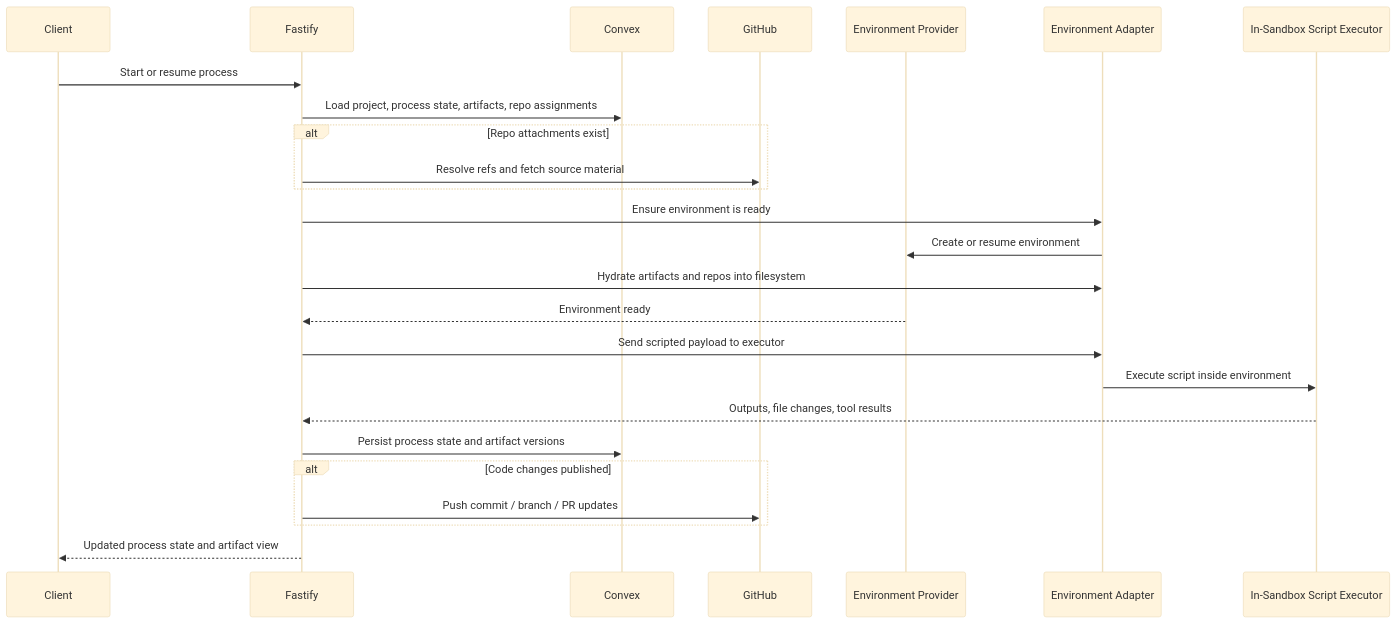
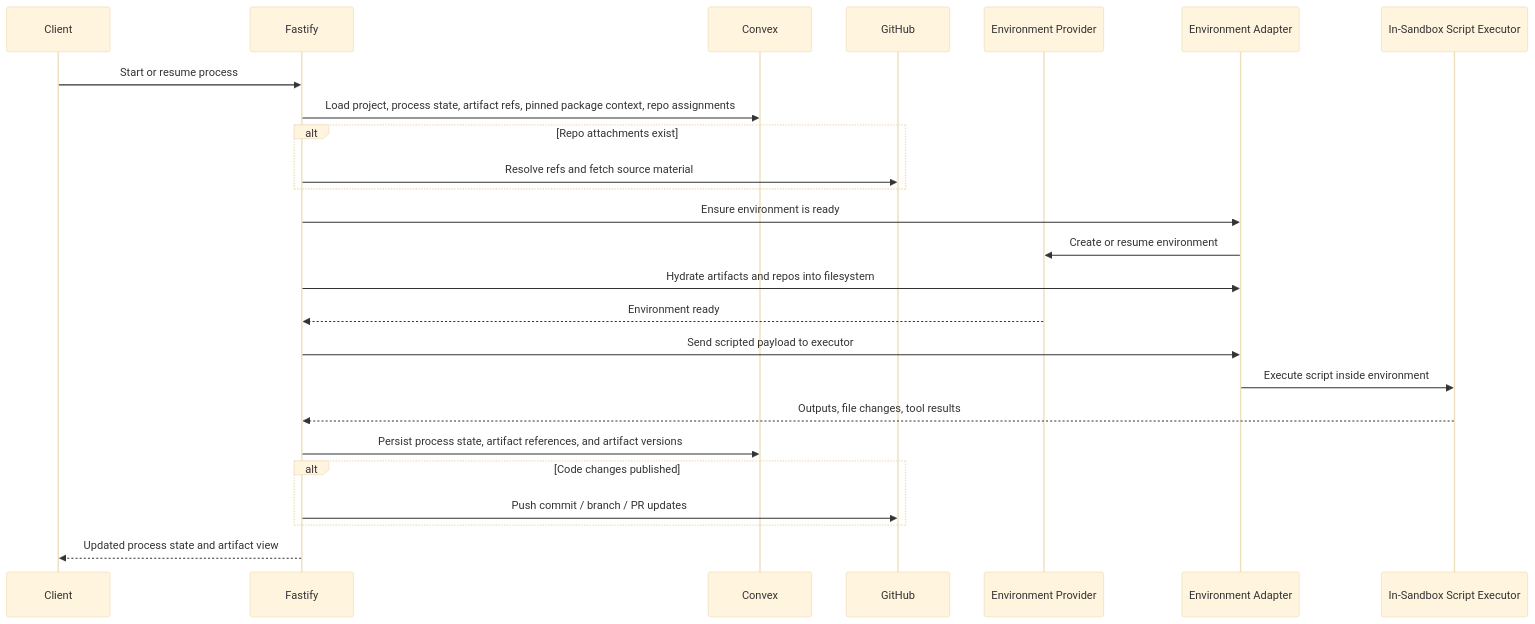
The fifth of 5 diagrams in docs/spec-build/v2/core-platform-arch.md (liminal-ai/liminal-build), drawn with Mermaid (base theme) before and after one commit. The commit also changed other lines of this file and 70 other files, not shown here.

````diff
--- a/docs/spec-build/v2/core-platform-arch.md
+++ b/docs/spec-build/v2/core-platform-arch.md
@@ -469,28 +510,28 @@
 ```mermaid
 sequenceDiagram
     participant C as Client
     participant F as Fastify
     participant X as Convex
     participant G as GitHub
     participant E as Environment Provider
     participant A as Environment Adapter
     participant T as In-Sandbox Script Executor
 
     C->>F: Start or resume process
-    F->>X: Load project, process state, artifacts, repo assignments
+    F->>X: Load project, process state, artifact refs, pinned package context, repo assignments
     alt Repo attachments exist
         F->>G: Resolve refs and fetch source material
     end
     F->>A: Ensure environment is ready
     A->>E: Create or resume environment
     F->>A: Hydrate artifacts and repos into filesystem
     E-->>F: Environment ready
     F->>A: Send scripted payload to executor
     A->>T: Execute script inside environment
     T-->>F: Outputs, file changes, tool results
-    F->>X: Persist process state and artifact versions
+    F->>X: Persist process state, artifact references, and artifact versions
     alt Code changes published
         F->>G: Push commit / branch / PR updates
     end
     F-->>C: Updated process state and artifact view
 ```
````
